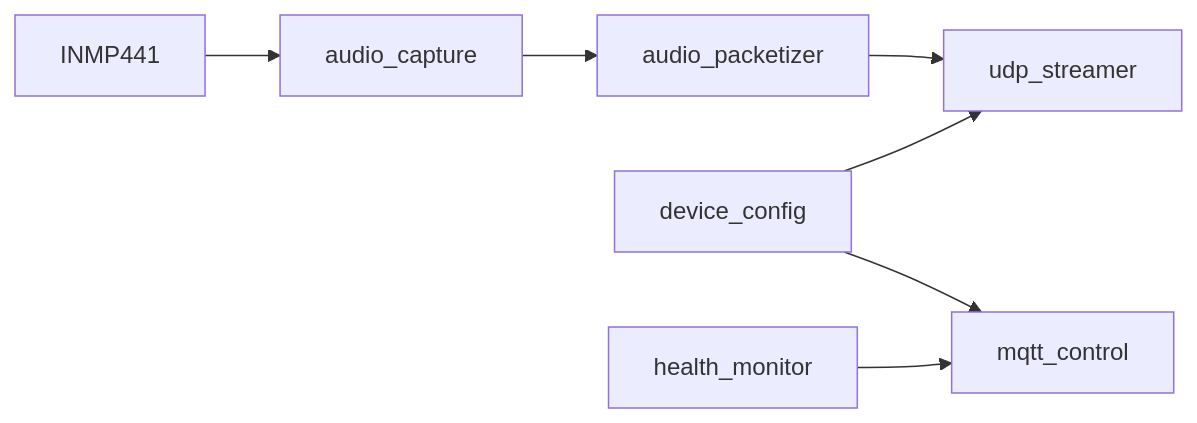
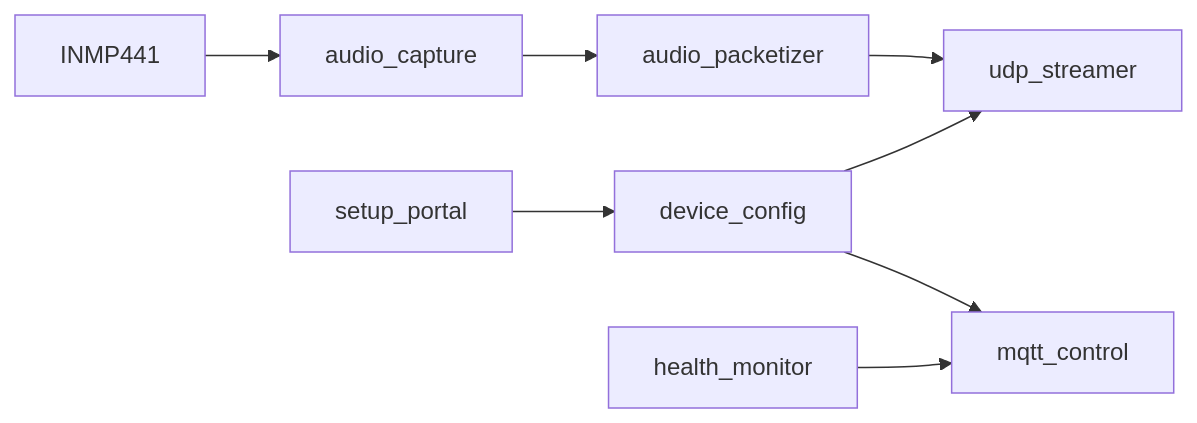
One commit to Tobi1chi/EchoTrigger changed the diagram in Hardware/Mic-ESP32/README.md. Above: the diagram before and after it, drawn with Mermaid. The commit also changed other lines of this file and 9 other files, not shown here.

````diff
--- a/Hardware/Mic-ESP32/README.md
+++ b/Hardware/Mic-ESP32/README.md
@@ -18,9 +9,10 @@
 ```mermaid
 flowchart LR
   mic["INMP441"] --> cap["audio_capture"]
   cap --> pkt["audio_packetizer"]
   pkt --> udp["udp_streamer"]
   cfg["device_config"] --> udp
   cfg --> mqtt["mqtt_control"]
   mon["health_monitor"] --> mqtt
+  portal["setup_portal"] --> cfg
 ```
````
